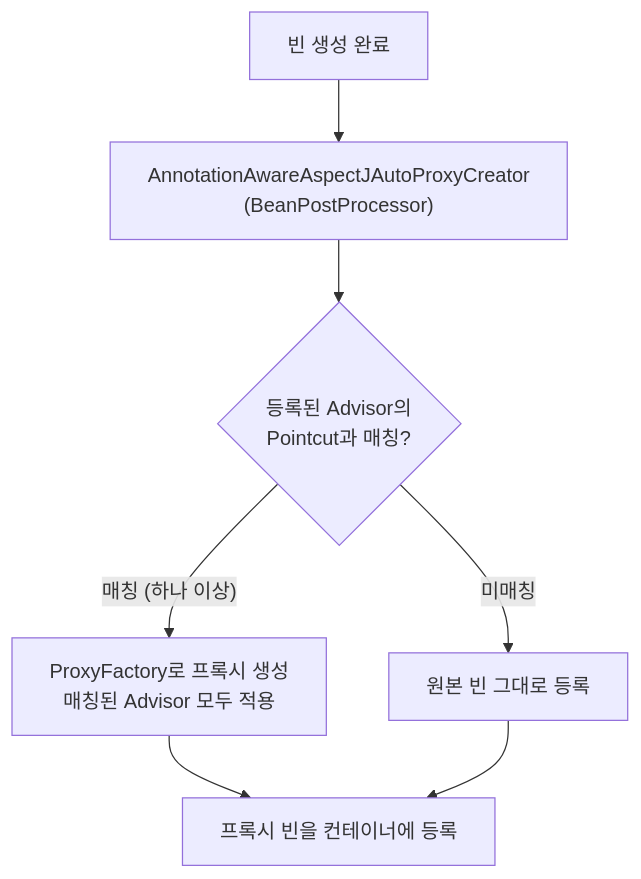
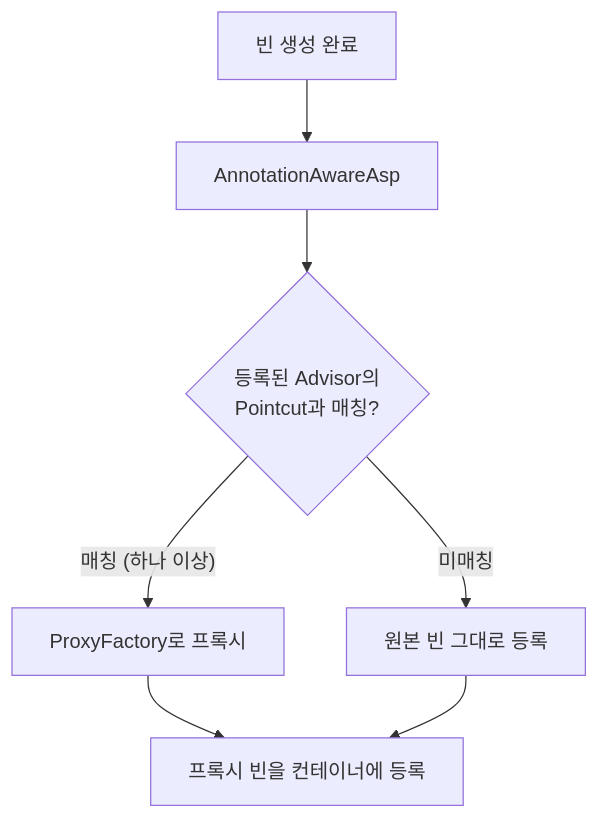
One commit to yjkim2015/yjkim2015.github.io changed the ninth of 11 diagrams in _posts/spring/2026-05-02-spring-core-advanced.md. Above: the diagram before and after it, drawn with Mermaid. The commit also changed other lines of this file and 271 other files, not shown here.

First line of the commit message:
Mermaid 라벨 축소: 긴 노드 텍스트 18자 이하로 트림 + \n 제거

````diff
--- a/_posts/spring/2026-05-02-spring-core-advanced.md
+++ b/_posts/spring/2026-05-02-spring-core-advanced.md
@@ -517,9 +517,9 @@
 ```mermaid
 flowchart TD
-    A["빈 생성 완료"] --> B["AnnotationAwareAspectJAutoProxyCreator\n(BeanPostProcessor)"]
+    A["빈 생성 완료"] --> B["AnnotationAwareAsp"]
     B --> C{"등록된 Advisor의\nPointcut과 매칭?"}
-    C -->|"매칭 (하나 이상)"| D["ProxyFactory로 프록시 생성\n매칭된 Advisor 모두 적용"]
+    C -->|"매칭 (하나 이상)"| D["ProxyFactory로 프록시"]
     C -->|"미매칭"| E["원본 빈 그대로 등록"]
     D --> F["프록시 빈을 컨테이너에 등록"]
     E --> F
 ```
````
